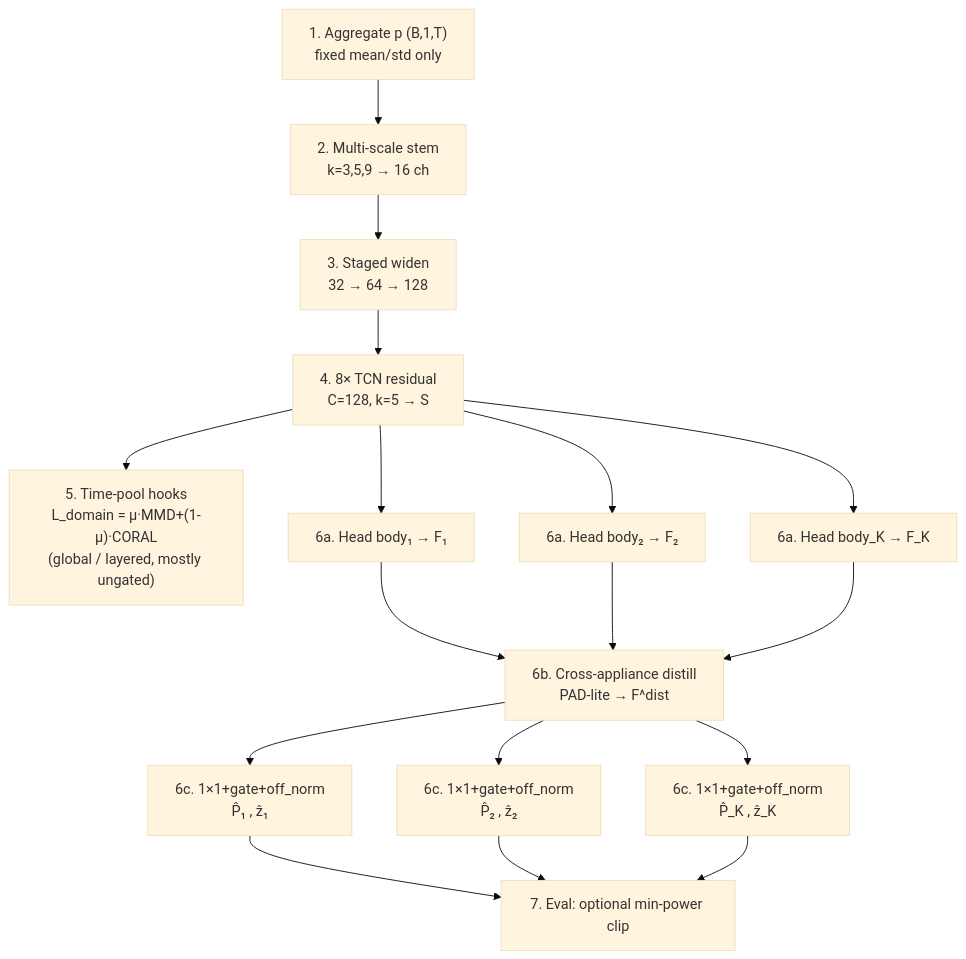
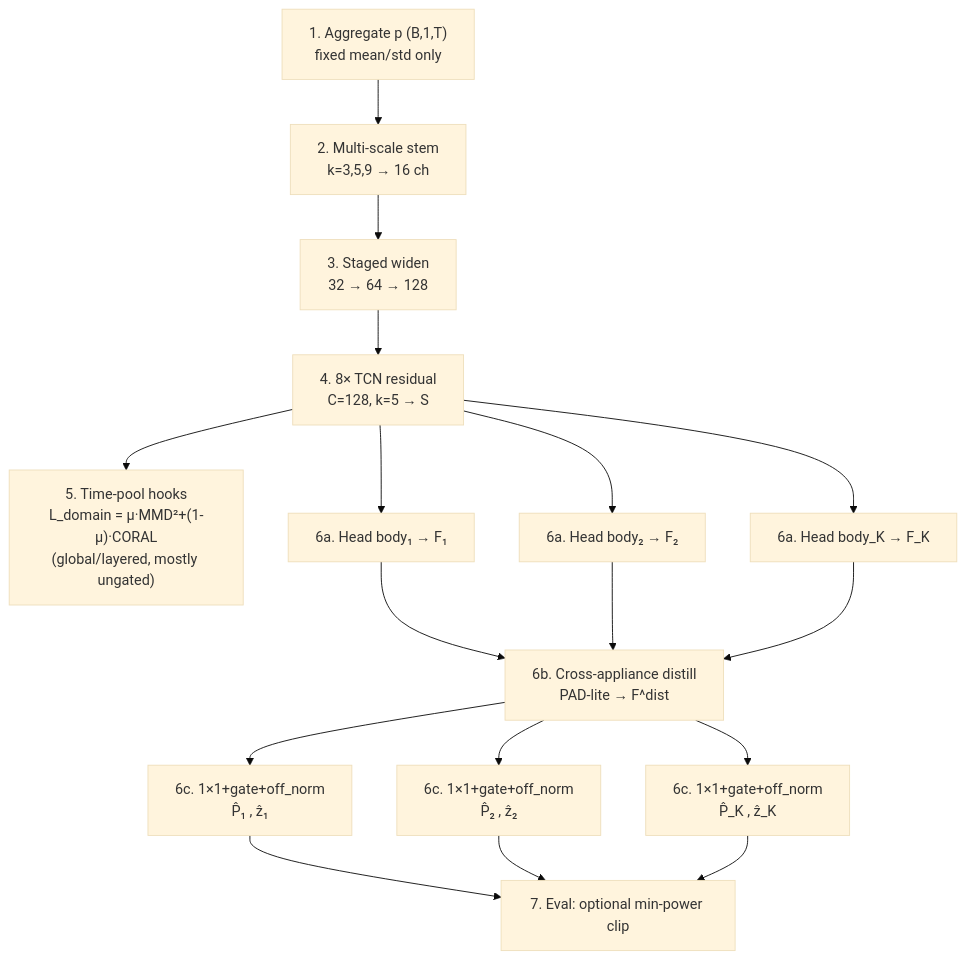
One commit to rtie2002/high_low_freq_NILM changed the first of 4 diagrams in multi_appliances_NILM/docs/multinilm_schirmer_invariance_upgrade.md. Above: the diagram before and after it, drawn with Mermaid (base theme). The commit also changed other lines of this file and 36 other files, not shown here.

````diff
--- a/multi_appliances_NILM/docs/multinilm_schirmer_invariance_upgrade.md
+++ b/multi_appliances_NILM/docs/multinilm_schirmer_invariance_upgrade.md
@@ -48,28 +83,29 @@
 ```mermaid
 flowchart TB
   X["1. Aggregate p (B,1,T)<br/>fixed mean/std only"]
 
   STEM["2. Multi-scale stem<br/>k=3,5,9 → 16 ch"]
   WIDE["3. Staged widen<br/>32 → 64 → 128"]
   TCN["4. 8× TCN residual<br/>C=128, k=5 → S"]
-  DA["5. Time-pool hooks<br/>L_domain = μ·MMD+(1-μ)·CORAL<br/>(global / layered, mostly ungated)"]
+
+  DA["5. Time-pool hooks<br/>L_domain = μ·MMD²+(1-μ)·CORAL<br/>(global/layered, mostly ungated)"]
 
   B1["6a. Head body₁ → F₁"]
   B2["6a. Head body₂ → F₂"]
   BK["6a. Head body_K → F_K"]
 
   DIST["6b. Cross-appliance distill<br/>PAD-lite → F^dist"]
 
   R1["6c. 1×1+gate+off_norm<br/>P̂₁ , ẑ₁"]
   R2["6c. 1×1+gate+off_norm<br/>P̂₂ , ẑ₂"]
   RK["6c. 1×1+gate+off_norm<br/>P̂_K , ẑ_K"]
 
   EVAL["7. Eval: optional min-power clip"]
 
   X --> STEM --> WIDE --> TCN
   TCN --> DA
   TCN --> B1 & B2 & BK
   B1 & B2 & BK --> DIST
   DIST --> R1 & R2 & RK
   R1 & R2 & RK --> EVAL
 ```
````
